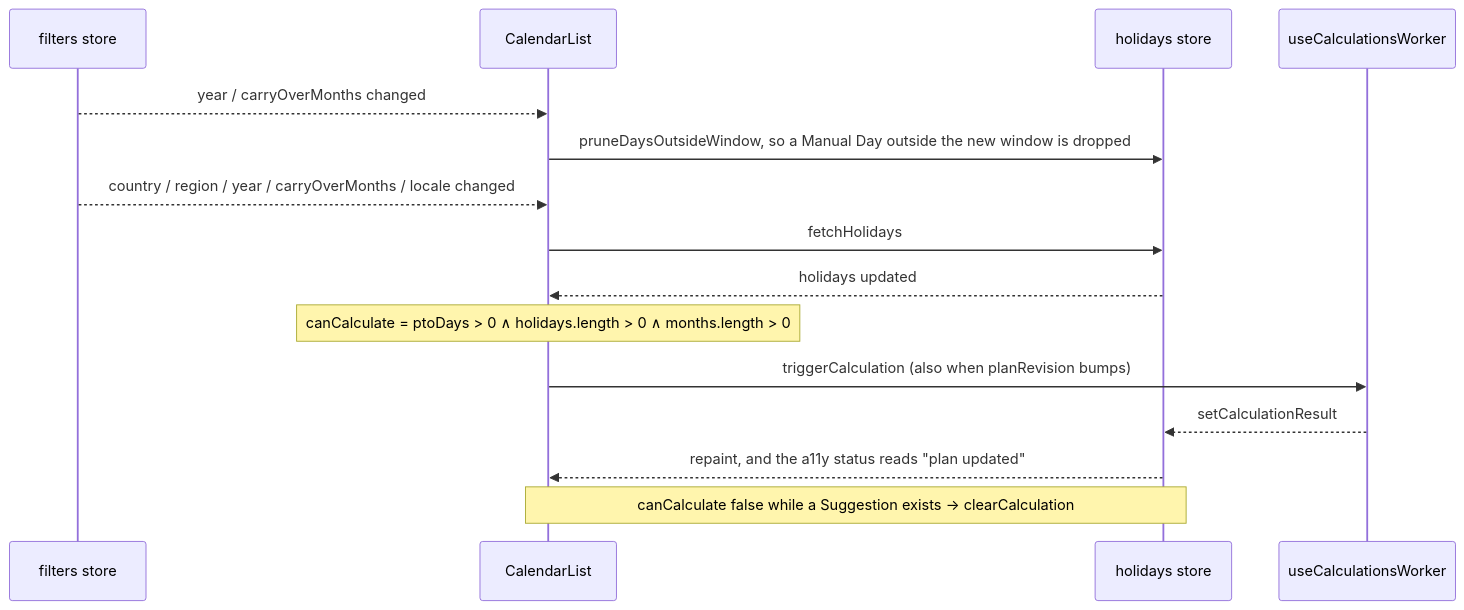
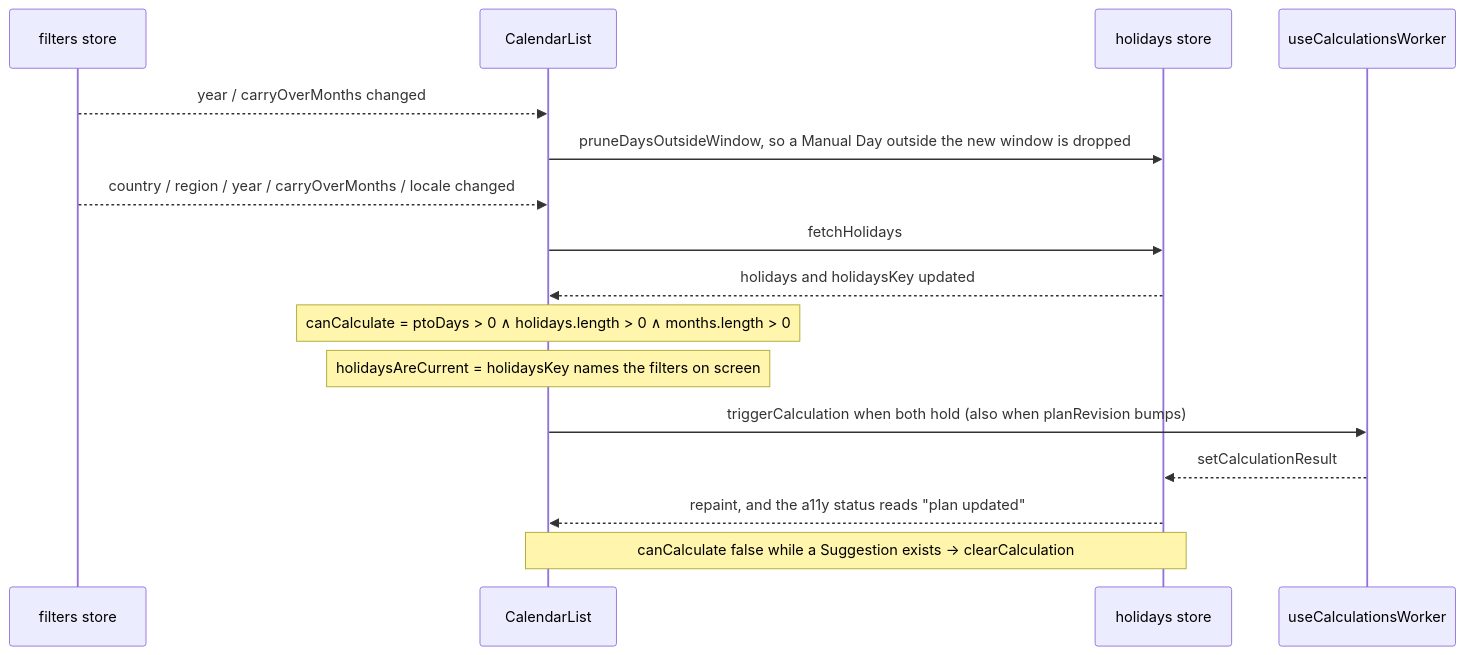
The second of 2 diagrams in apps/docs/src/content/docs/how-it-works/planner-ui.mdx (fbuireu/forever-pto), drawn with Mermaid before and after one commit. The commit also changed other lines of this file and 232 other files, not shown here.

````diff
--- a/apps/docs/src/content/docs/how-it-works/planner-ui.mdx
+++ b/apps/docs/src/content/docs/how-it-works/planner-ui.mdx
@@ -61,17 +62,18 @@
 ```mermaid
 sequenceDiagram
   participant F as filters store
   participant CL as CalendarList
   participant H as holidays store
   participant W as useCalculationsWorker
   F-->>CL: year / carryOverMonths changed
   CL->>H: pruneDaysOutsideWindow, so a Manual Day outside the new window is dropped
   F-->>CL: country / region / year / carryOverMonths / locale changed
   CL->>H: fetchHolidays
-  H-->>CL: holidays updated
+  H-->>CL: holidays and holidaysKey updated
   Note over CL: canCalculate = ptoDays > 0 ∧ holidays.length > 0 ∧ months.length > 0
-  CL->>W: triggerCalculation (also when planRevision bumps)
+  Note over CL: holidaysAreCurrent = holidaysKey names the filters on screen
+  CL->>W: triggerCalculation when both hold (also when planRevision bumps)
   W-->>H: setCalculationResult
   H-->>CL: repaint, and the a11y status reads "plan updated"
   Note over CL,H: canCalculate false while a Suggestion exists → clearCalculation
 ```
````
